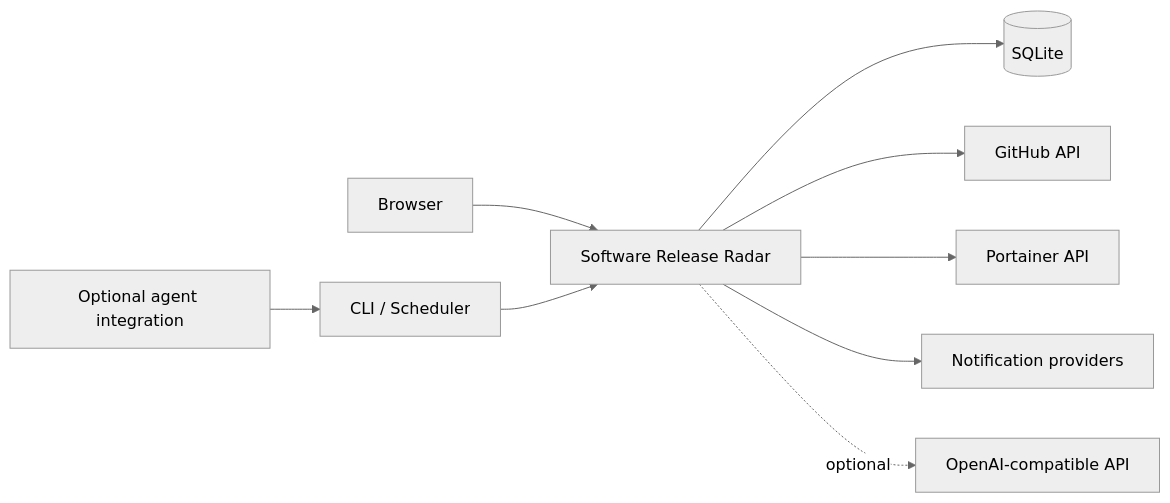
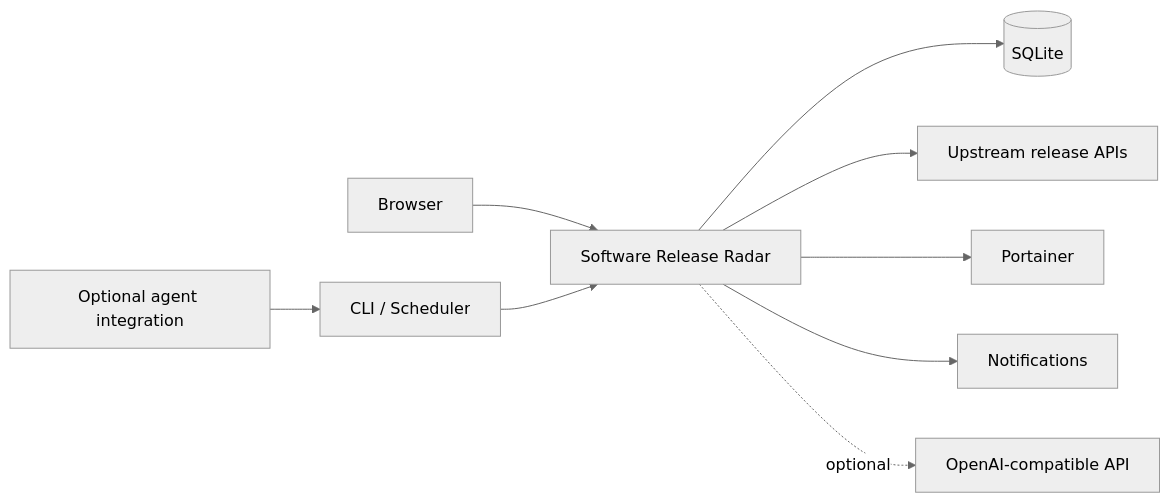
One commit to muhdusama/Software-Release-Radar changed the diagram in README.md. Above: the diagram before and after it, drawn with Mermaid (neutral theme). The commit also changed other lines of this file, not shown here.

Commit message:
Redesign README with ELI5, previews and roadmap links

````diff
--- a/README.md
+++ b/README.md
@@ -57,11 +152,11 @@
 ```mermaid
 flowchart LR
     U[Browser] --> W[Software Release Radar]
     C[CLI / Scheduler] --> W
     W --> DB[(SQLite)]
-    W --> GH[GitHub API]
-    W --> P[Portainer API]
-    W --> N[Notification providers]
+    W --> GH[Upstream release APIs]
+    W --> P[Portainer]
+    W --> N[Notifications]
     W -. optional .-> AI[OpenAI-compatible API]
     H[Optional agent integration] --> C
 ```
````
